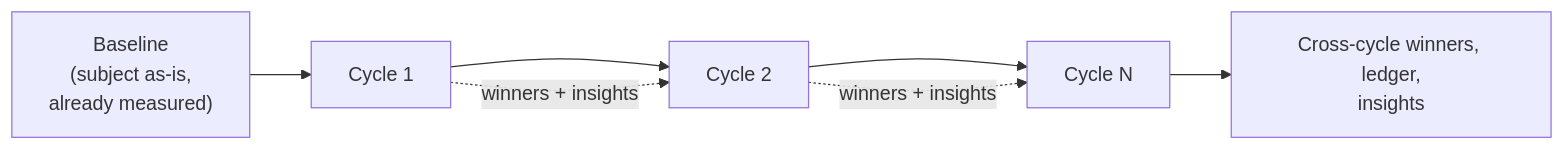
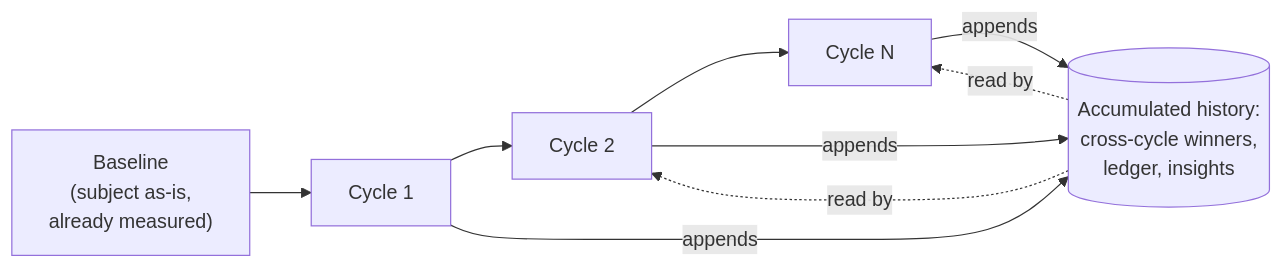
The first of 3 diagrams in wiki/Home.md (yanivholder2/cache-evolve), drawn with Mermaid before and after one commit. The commit also changed other lines of this file, not shown here.

Commit message:
docs: update project architecture diagram and documentation to clarify the shared history model

````diff
--- a/wiki/Home.md
+++ b/wiki/Home.md
@@ -11,9 +11,11 @@
 ```mermaid
 flowchart LR
     BL["Baseline<br/>(subject as-is,<br/>already measured)"] --> C1["Cycle 1"]
     C1 --> C2["Cycle 2"]
     C2 --> CN["Cycle N"]
-    C1 -. winners + insights .-> C2
-    C2 -. winners + insights .-> CN
-    CN --> OUT["Cross-cycle winners, ledger,<br/>insights"]
+    C1 -- appends --> H[("Accumulated history:<br/>cross-cycle winners,<br/>ledger, insights")]
+    C2 -- appends --> H
+    CN -- appends --> H
+    H -. read by .-> C2
+    H -. read by .-> CN
 ```
````
